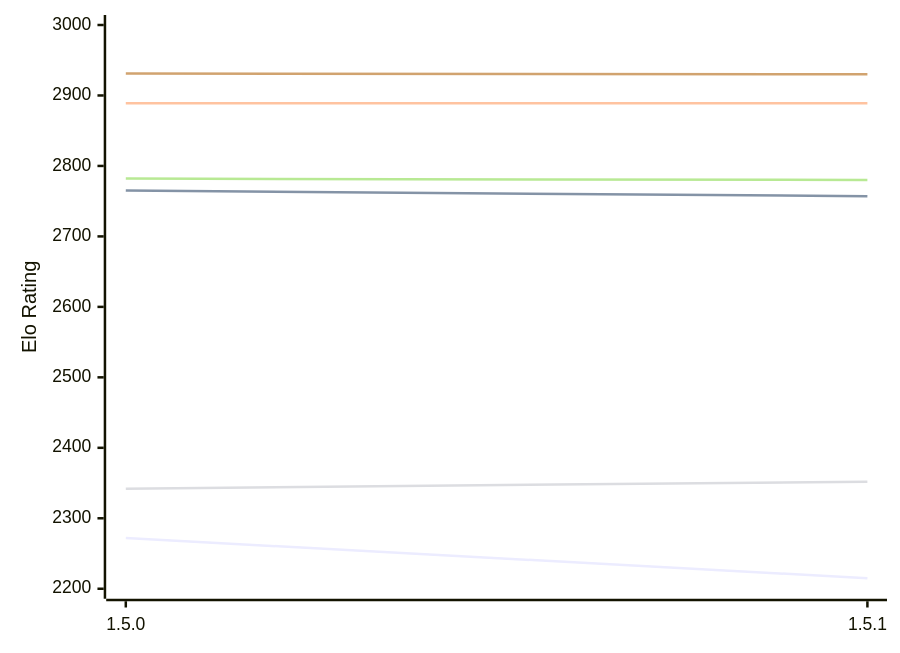
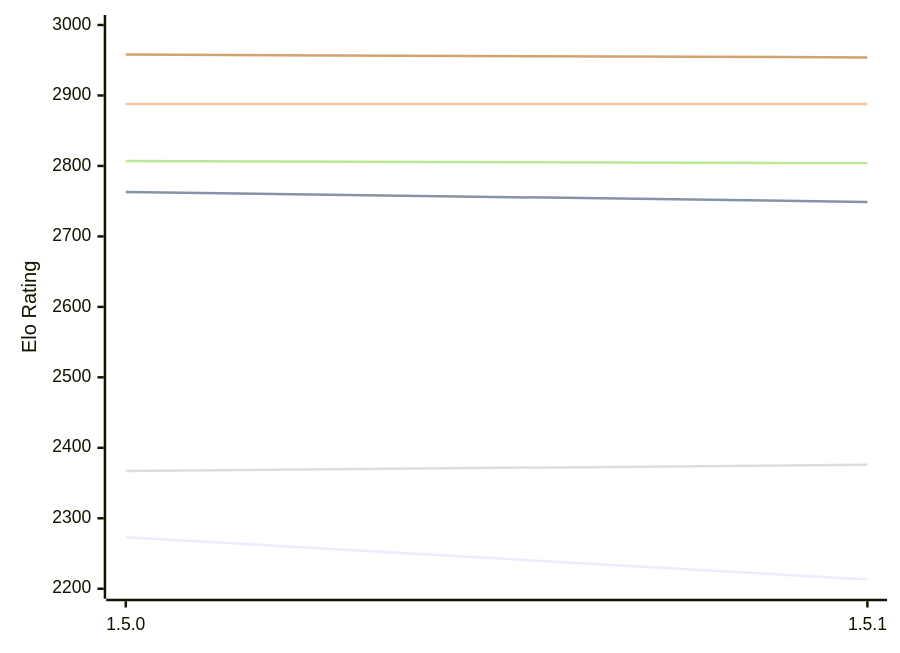
Before and after one commit to computer-chess-index/cci: the first of 2 diagrams in engines/Coco.md, drawn with Mermaid. The commit also changed other lines of this file, not shown here.

Commit message:
Update CCI Ratings (ELO VLTC) - 2026-11-04

````diff
--- a/engines/Coco.md
+++ b/engines/Coco.md
@@ -50,12 +50,12 @@
 ```mermaid
 %%{init: {"theme":"base","themeVariables":{"seriesColors:['#a3a3a3','#222221','#faa371']}}}%%
 xychart-beta
   x-axis ["1.5.0", "1.5.1"]
   y-axis "Elo Rating" 2200 --> 3000
-  line "E1: STC (8.0+0.08s)" [2272, 2215]
-  line "E1: LTC (60.0+0.60s)" [2765, 2757]
-  line "E1: VLTC (2m24s+1.12s)" [2889, 2889]
-  line "P1: STC (8.0+0.08s)" [2342, 2352]
-  line "P1: LTC (60.0+0.60s)" [2782, 2780]
-  line "P1: VLTC (2m24s+1.12s)" [2931, 2930]
+  line "E1: STC (8.0+0.08s)" [2273, 2213]
+  line "E1: LTC (60.0+0.60s)" [2763, 2749]
+  line "E1: VLTC (2m24s+1.12s)" [2888, 2888]
+  line "P1: STC (8.0+0.08s)" [2367, 2376]
+  line "P1: LTC (60.0+0.60s)" [2807, 2804]
+  line "P1: VLTC (2m24s+1.12s)" [2958, 2954]
 ```
````
